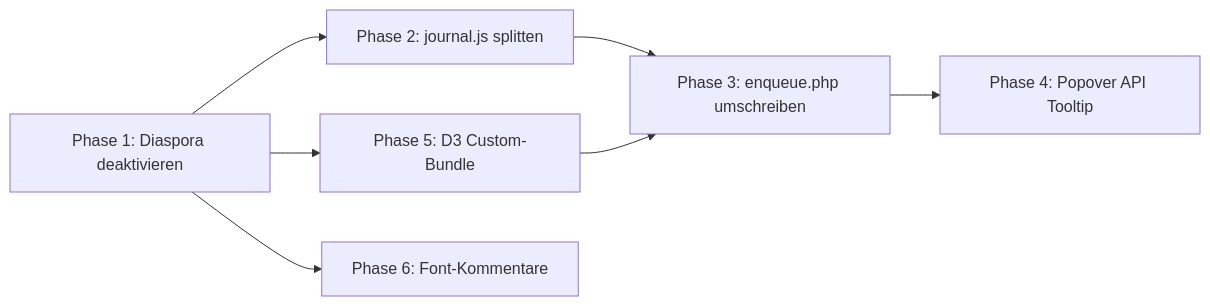
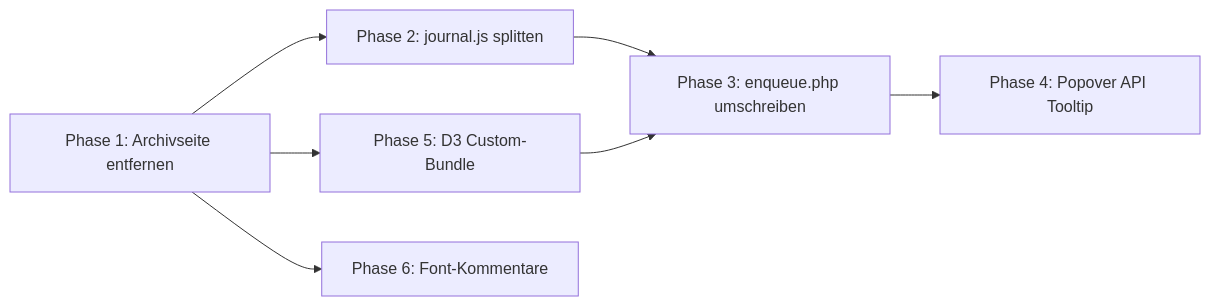
The second of 2 diagrams in plans/theme-optimierung-2026.md (Hasim-Uner/hasim-org-theme-d3531616), drawn with Mermaid before and after one commit. The commit also changed other lines of this file and 30 other files, not shown here.

````diff
--- a/plans/theme-optimierung-2026.md
+++ b/plans/theme-optimierung-2026.md
@@ -303,9 +280,9 @@
 ```mermaid
 graph LR
-    P1[Phase 1: Diaspora deaktivieren] --> P2[Phase 2: journal.js splitten]
+    P1[Phase 1: Archivseite entfernen] --> P2[Phase 2: journal.js splitten]
     P2 --> P3[Phase 3: enqueue.php umschreiben]
     P3 --> P4[Phase 4: Popover API Tooltip]
     P1 --> P5[Phase 5: D3 Custom-Bundle]
     P5 --> P3
     P1 --> P6[Phase 6: Font-Kommentare]
 ```
````
